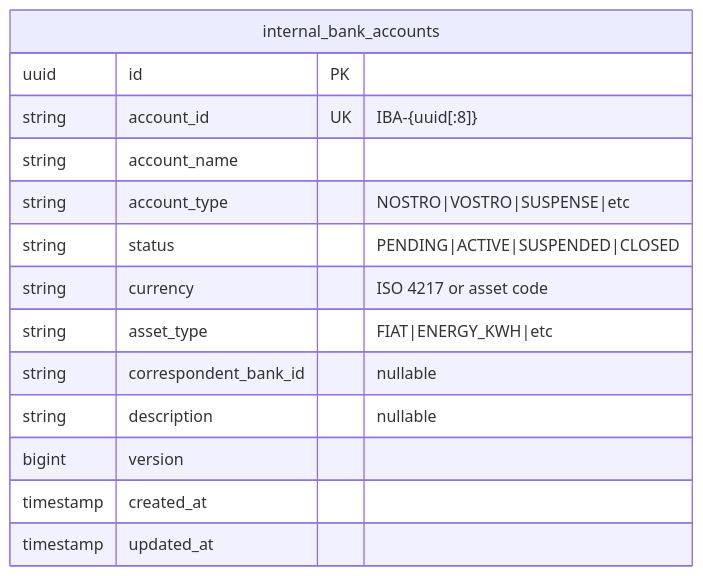
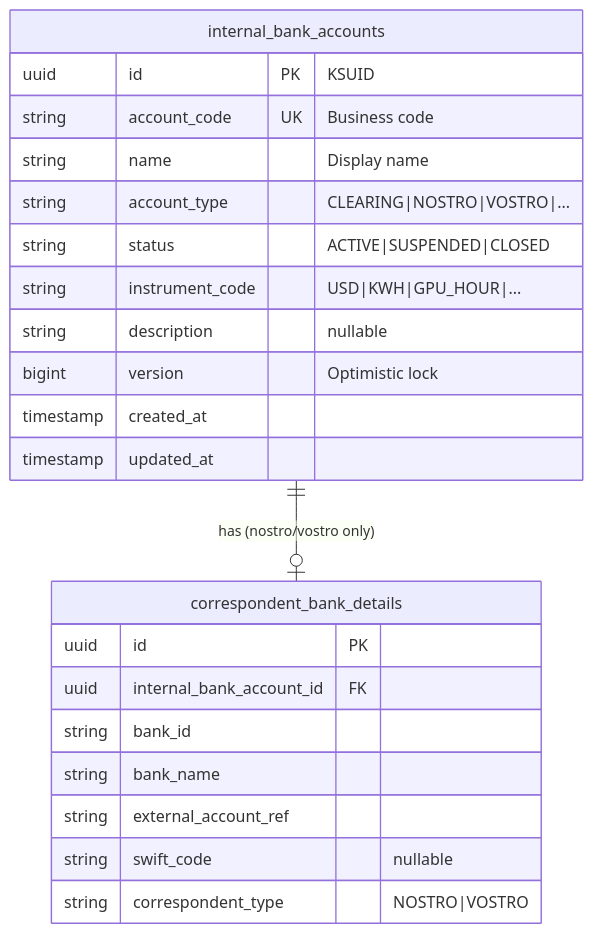
Before and after one commit to meridianhub/meridian: the fifth of 6 diagrams in services/internal-bank-account/README.md, drawn with Mermaid. The commit also changed other lines of this file and 16 other files, not shown here.

First line of the commit message:
docs(internal-bank-account): add comprehensive documentation and ADR

````diff
--- a/services/internal-bank-account/README.md
+++ b/services/internal-bank-account/README.md
@@ -143,17 +372,27 @@
 ```mermaid
 erDiagram
     internal_bank_accounts {
-        uuid id PK
-        string account_id UK "IBA-{uuid[:8]}"
-        string account_name
-        string account_type "NOSTRO|VOSTRO|SUSPENSE|etc"
-        string status "PENDING|ACTIVE|SUSPENDED|CLOSED"
-        string currency "ISO 4217 or asset code"
-        string asset_type "FIAT|ENERGY_KWH|etc"
-        string correspondent_bank_id "nullable"
+        uuid id PK "KSUID"
+        string account_code UK "Business code"
+        string name "Display name"
+        string account_type "CLEARING|NOSTRO|VOSTRO|..."
+        string status "ACTIVE|SUSPENDED|CLOSED"
+        string instrument_code "USD|KWH|GPU_HOUR|..."
         string description "nullable"
-        bigint version
+        bigint version "Optimistic lock"
         timestamp created_at
         timestamp updated_at
     }
+
+    correspondent_bank_details {
+        uuid id PK
+        uuid internal_bank_account_id FK
+        string bank_id
+        string bank_name
+        string external_account_ref
+        string swift_code "nullable"
+        string correspondent_type "NOSTRO|VOSTRO"
+    }
+
+    internal_bank_accounts ||--o| correspondent_bank_details : "has (nostro/vostro only)"
 ```
````
